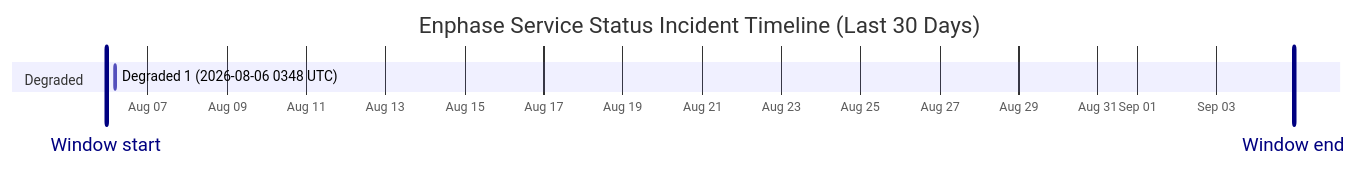
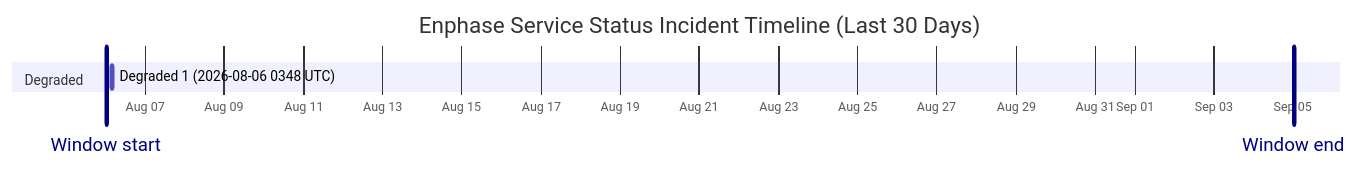
One commit to barneyonline/ha-enphase-energy changed the diagram in wiki/Service-Status-History.md. Above: the diagram before and after it, drawn with Mermaid. The commit also changed other lines of this file and 3 other files, not shown here.

````diff
--- a/wiki/Service-Status-History.md
+++ b/wiki/Service-Status-History.md
@@ -14,10 +14,10 @@
 ```mermaid
 gantt
     title Enphase Service Status Incident Timeline (Last 30 Days)
     dateFormat  YYYY-MM-DDTHH:mm:ss
     axisFormat  %b %d
-    Window start :vert, window-start, 2026-08-05T22:46:37, 0ms
-    Window end :vert, window-end, 2026-09-04T22:46:37, 0ms
+    Window start :vert, window-start, 2026-08-06T00:37:07, 0ms
+    Window end :vert, window-end, 2026-09-05T00:37:07, 0ms
     section Degraded
     Degraded 1 (2026-08-06 0348 UTC) :active, degraded-1, 2026-08-06T03:48:14, 60m
 ```
````
